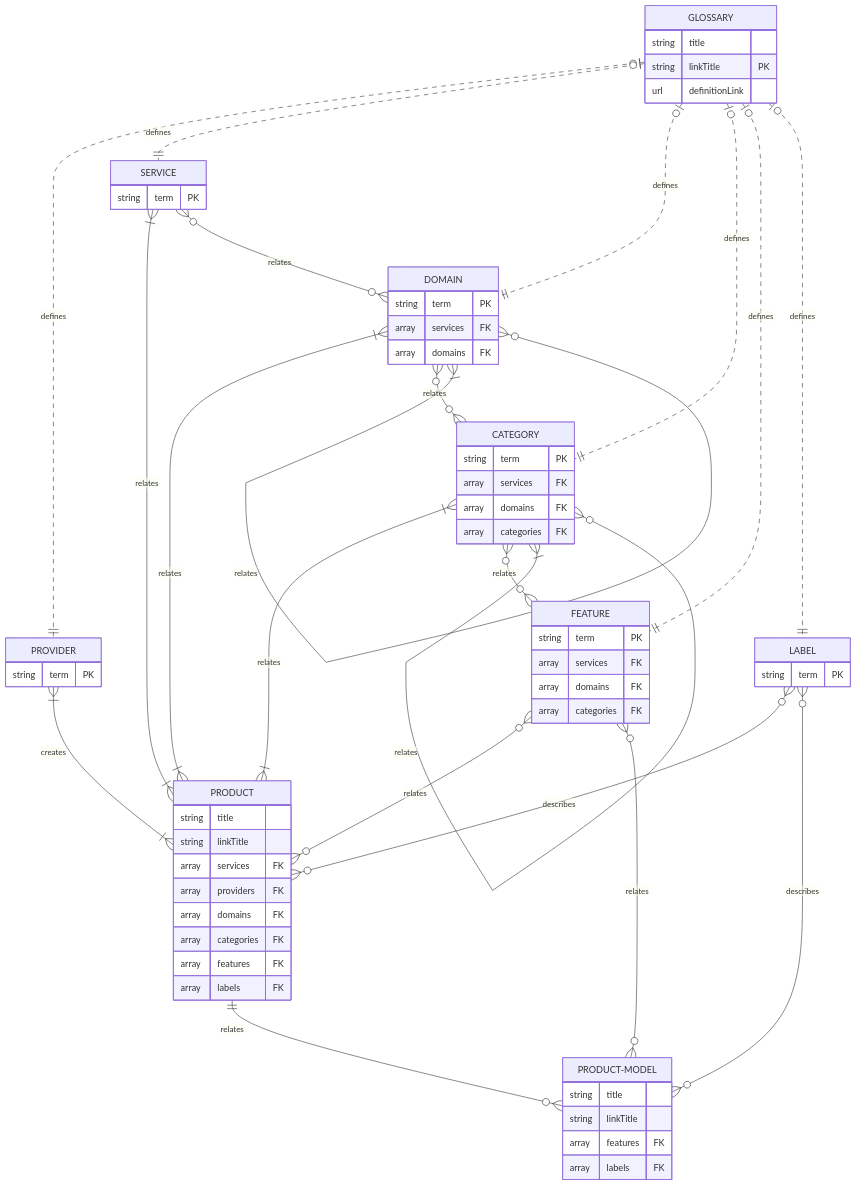
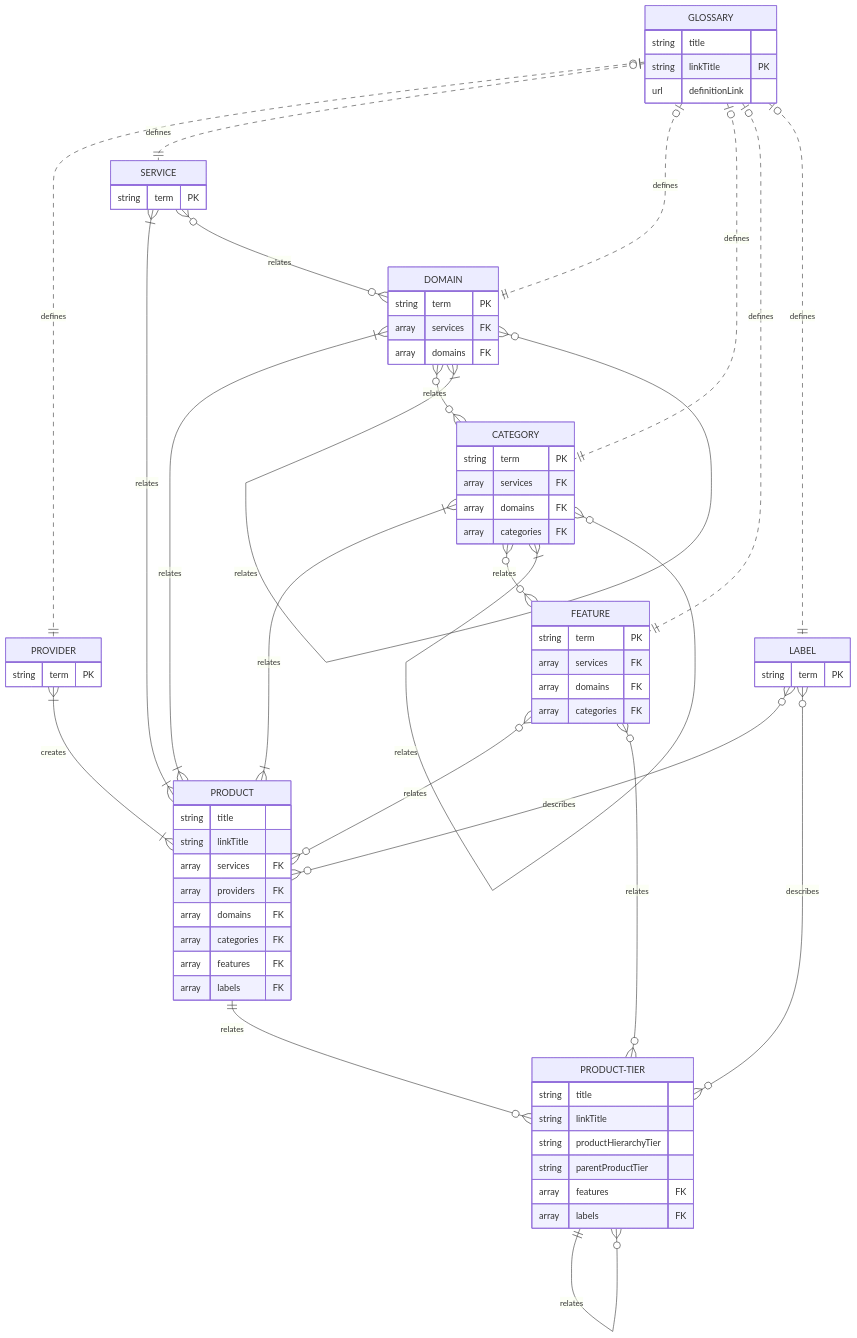
The third of 4 diagrams in en/pages/data-model.md (lexical-cloud/lexical-cloud-docs), drawn with Mermaid before and after one commit. The commit also changed other lines of this file and 23 other files, not shown here.

Commit message:
moved to tiered system for product hierarchy for greater flexibility. new entries added to support testing

````diff
--- a/en/pages/data-model.md
+++ b/en/pages/data-model.md
@@ -156,70 +180,73 @@
 ```mermaid
 erDiagram
     GLOSSARY |o..|| PROVIDER : defines
     GLOSSARY |o..|| SERVICE : defines
     GLOSSARY |o..|| DOMAIN : defines
     GLOSSARY |o..|| CATEGORY : defines
     GLOSSARY |o..|| FEATURE : defines
     GLOSSARY |o..|| LABEL : defines
     GLOSSARY {
         string title
         string linkTitle PK
         url definitionLink
     }
     SERVICE }|--|{ PRODUCT : relates
     SERVICE }o--o{ DOMAIN : relates
     SERVICE {
         string term PK
     }
     PROVIDER }|--|{ PRODUCT : creates
     PROVIDER {
         string term PK
     }
     DOMAIN }|--|{ PRODUCT : relates
     DOMAIN }o--o{ CATEGORY : relates
     DOMAIN }|--o{ DOMAIN : relates
     DOMAIN {
         string term PK
         array services FK
         array domains FK
     }
     CATEGORY }|--|{ PRODUCT : relates 
     CATEGORY }o--o{ FEATURE : relates
     CATEGORY }|--o{ CATEGORY: relates
     CATEGORY {
         string term PK
         array services FK
         array domains FK
         array categories FK
     }
     FEATURE }o--o{ PRODUCT : relates 
-    FEATURE }o--o{ PRODUCT-MODEL : relates 
+    FEATURE }o--o{ PRODUCT-TIER : relates 
     FEATURE {
         string term PK
         array services FK
         array domains FK
         array categories FK
     }
     LABEL }o--o{ PRODUCT : describes
-    LABEL }o--o{ PRODUCT-MODEL : describes
+    LABEL }o--o{ PRODUCT-TIER : describes
     LABEL {
         string term PK
     }
     PRODUCT {
         string title
         string linkTitle
         array services FK
         array providers FK
         array domains FK
         array categories FK
         array features FK
         array labels FK
     }
-    PRODUCT ||--o{ PRODUCT-MODEL : relates
-    PRODUCT-MODEL {
+    PRODUCT ||--o{ PRODUCT-TIER : relates
+    PRODUCT-TIER ||--o{ PRODUCT-TIER : relates
+    PRODUCT-TIER {
         string title
         string linkTitle
+        string productHierarchyTier
+        string parentProductTier
         array features FK
         array labels FK
     }
 ```
````
